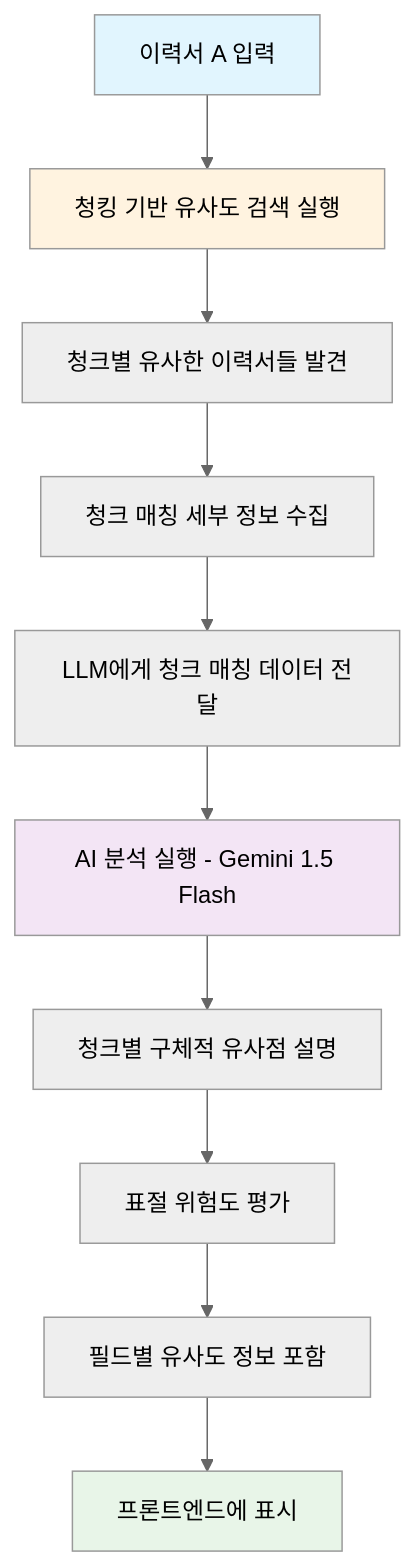
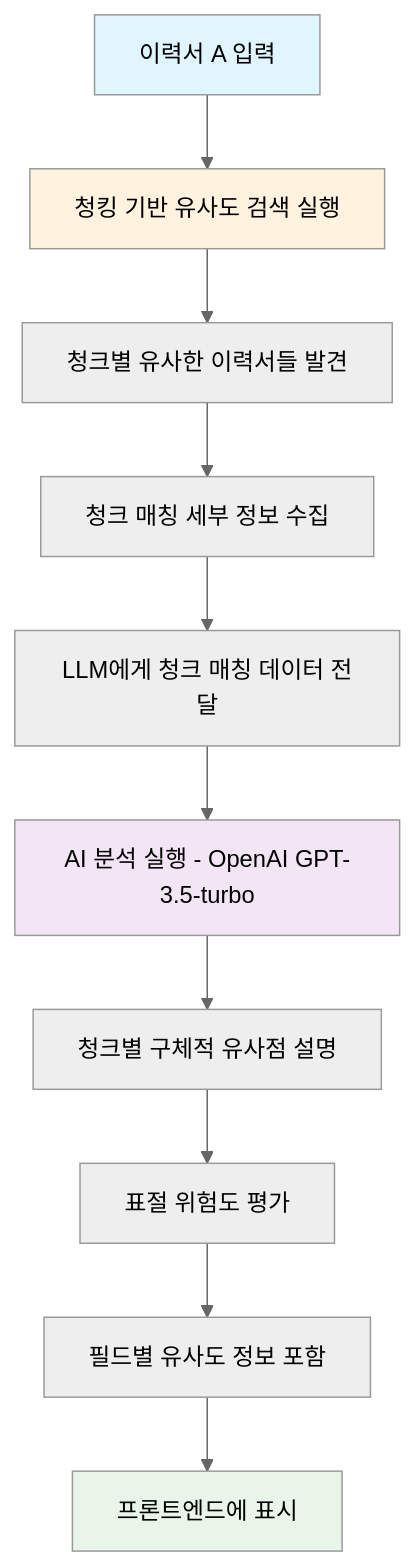
One commit to gangnam-2-insol/workspace-new changed the third of 3 diagrams in README_jr.md. Above: the diagram before and after it, drawn with Mermaid (neutral theme). The commit also changed other lines of this file, not shown here.

Commit message:
LLM_service update(gemini -> gpt)

````diff
--- a/README_jr.md
+++ b/README_jr.md
@@ -723,17 +723,17 @@
 ```mermaid
 graph TD
     A[이력서 A 입력] --> B[청킹 기반 유사도 검색 실행]
     B --> C[청크별 유사한 이력서들 발견]
     C --> D[청크 매칭 세부 정보 수집]
     D --> E[LLM에게 청크 매칭 데이터 전달]
-    E --> F[AI 분석 실행 - Gemini 1.5 Flash]
+    E --> F[AI 분석 실행 - OpenAI GPT-3.5-turbo]
     F --> G[청크별 구체적 유사점 설명]
     G --> H[표절 위험도 평가]
     H --> I[필드별 유사도 정보 포함]
     I --> J[프론트엔드에 표시]
     
     style A fill:#e1f5fe
     style B fill:#fff3e0
     style F fill:#f3e5f5
     style J fill:#e8f5e8
 ```
````
